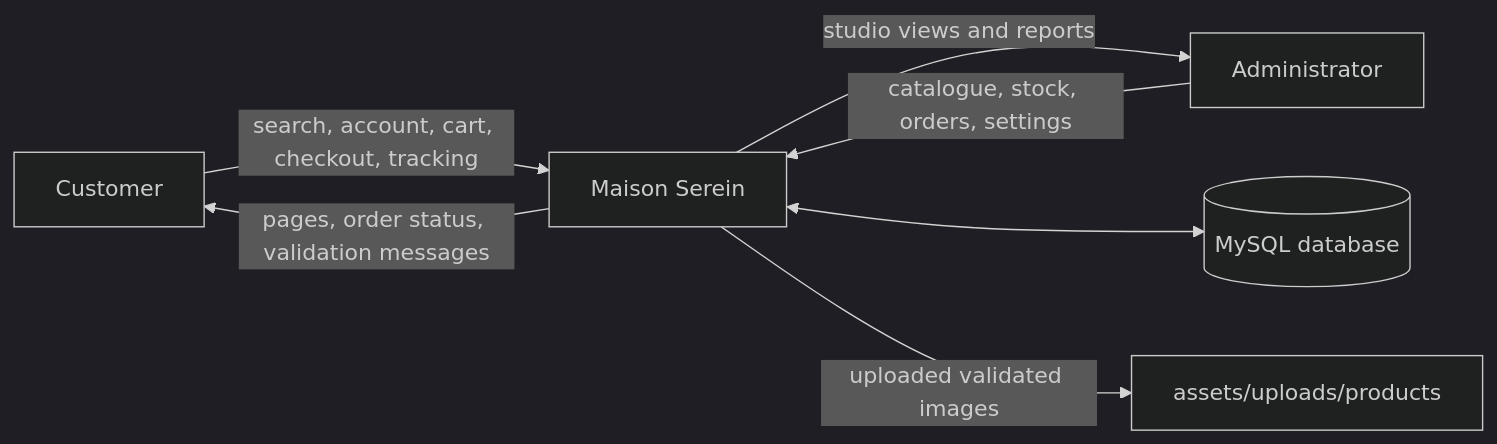
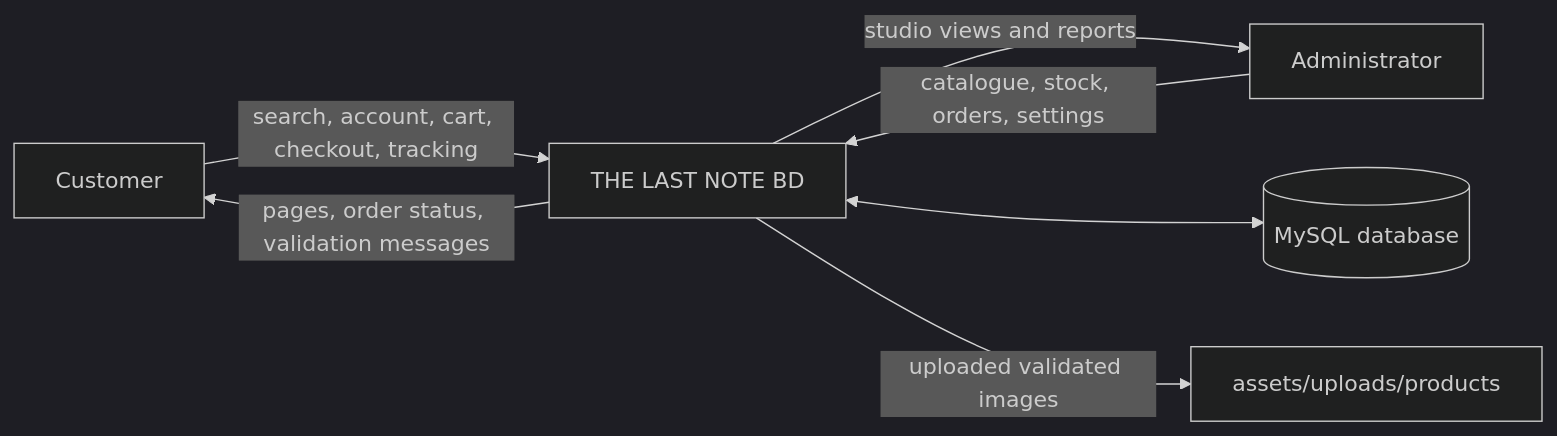
Before and after one commit to yeasin-islam/MAISON-SEREIN: the sixth of 6 diagrams in docs/PROJECT-DOCUMENTATION.md, drawn with Mermaid (dark theme). The commit also changed other lines of this file and 28 other files, not shown here.

````diff
--- a/docs/PROJECT-DOCUMENTATION.md
+++ b/docs/PROJECT-DOCUMENTATION.md
@@ -161,9 +161,9 @@
 ```mermaid
 flowchart LR
-  Customer[Customer] -->|search, account, cart, checkout, tracking| System[Maison Serein]
+  Customer[Customer] -->|search, account, cart, checkout, tracking| System[THE LAST NOTE BD]
   Admin[Administrator] -->|catalogue, stock, orders, settings| System
   System -->|pages, order status, validation messages| Customer
   System -->|studio views and reports| Admin
   System <--> DB[(MySQL database)]
   System -->|uploaded validated images| Files[assets/uploads/products]
 ```
````
